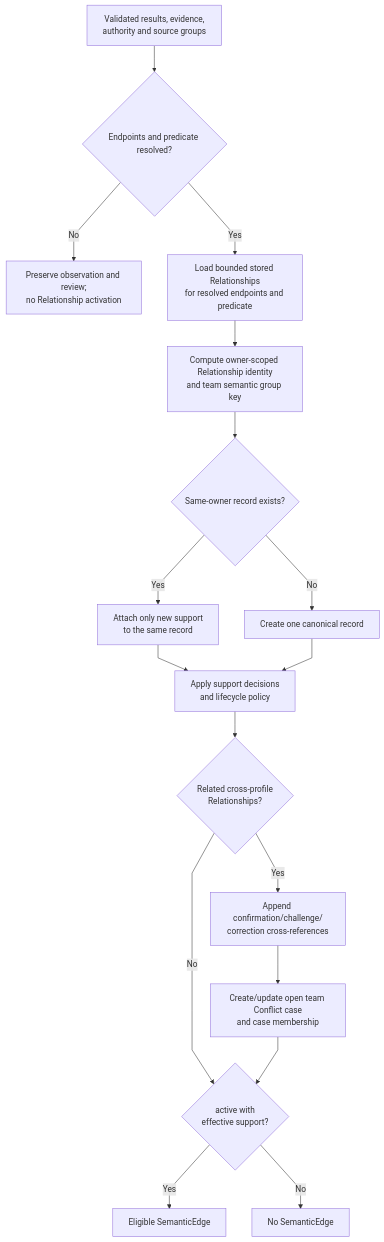
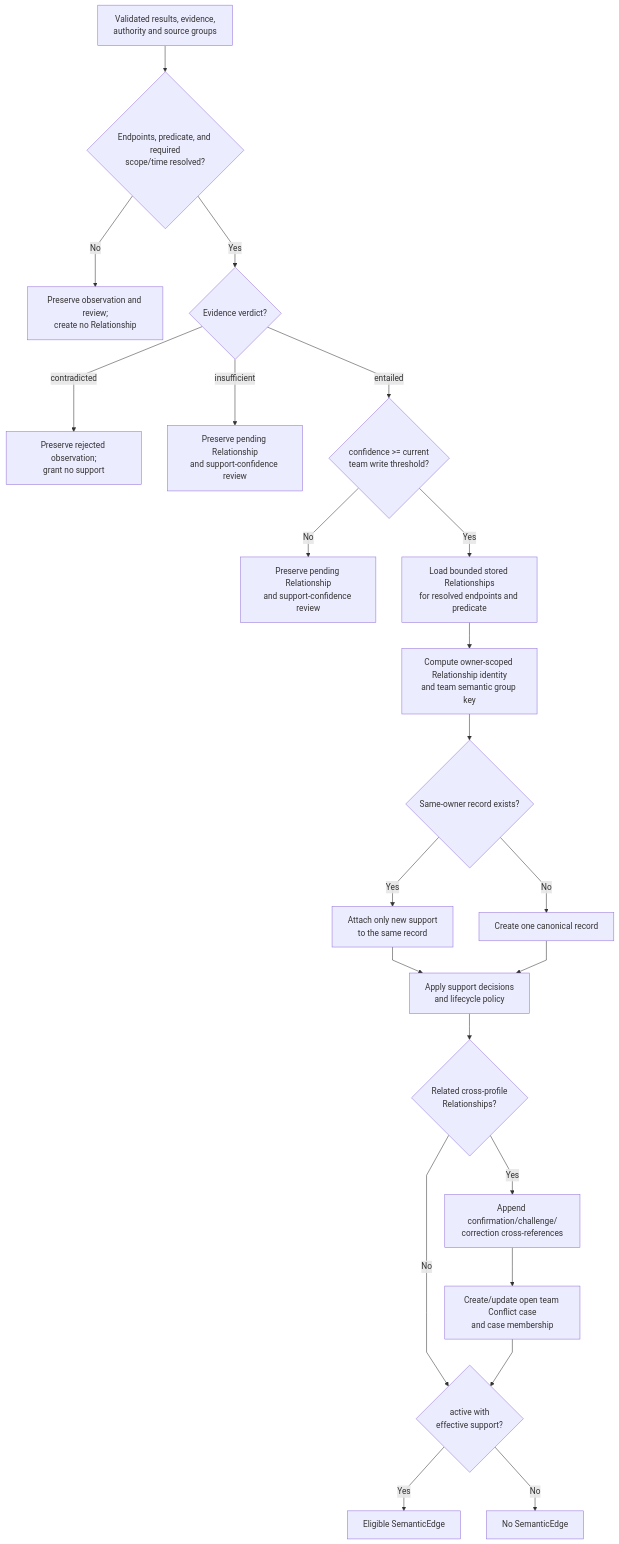
One commit to markhuangai/dense-mem changed the tenth of 14 diagrams in Write-Pipeline.md. Above: the diagram before and after it, drawn with Mermaid. The commit also changed other lines of this file and 24 other files, not shown here.

Commit message:
Document V2.4 one-call placement architecture

````diff
--- a/Write-Pipeline.md
+++ b/Write-Pipeline.md
@@ -776,20 +954,25 @@
 ```mermaid
 %%{init: {"flowchart": {"curve": "linear"}}}%%
 flowchart TD
-  Input["Validated results, evidence,<br/>authority and source groups"] --> Endpoints{"Endpoints and predicate resolved?"}
-  Endpoints -- No --> Review["Preserve observation and review;<br/>no Relationship activation"]
-  Endpoints -- Yes --> Stored["Load bounded stored Relationships<br/>for resolved endpoints and predicate"]
+  Input["Validated results, evidence,<br/>authority and source groups"] --> Structure{"Endpoints, predicate, and required<br/>scope/time resolved?"}
+  Structure -- No --> Review["Preserve observation and review;<br/>create no Relationship"]
+  Structure -- Yes --> Verdict{"Evidence verdict?"}
+  Verdict -- contradicted --> Rejected["Preserve rejected observation;<br/>grant no support"]
+  Verdict -- insufficient --> Pending["Preserve pending Relationship<br/>and support-confidence review"]
+  Verdict -- entailed --> Gate{"confidence >= current<br/>team write threshold?"}
+  Gate -- No --> Held["Preserve pending Relationship<br/>and support-confidence review"]
+  Gate -- Yes --> Stored["Load bounded stored Relationships<br/>for resolved endpoints and predicate"]
   Stored --> Identity["Compute owner-scoped Relationship identity<br/>and team semantic group key"]
   Identity --> Existing{"Same-owner record exists?"}
   Existing -- Yes --> Same["Attach only new support<br/>to the same record"]
   Existing -- No --> New["Create one canonical record"]
   Same --> Lifecycle["Apply support decisions<br/>and lifecycle policy"]
   New --> Lifecycle
   Lifecycle --> Cross{"Related cross-profile<br/>Relationships?"}
   Cross -- Yes --> Link["Append confirmation/challenge/<br/>correction cross-references"]
   Cross -- No --> Eligible{"active with<br/>effective support?"}
   Link --> Case["Create/update open team Conflict case<br/>and case membership"]
   Case --> Eligible
   Eligible -- Yes --> Edge["Eligible SemanticEdge"]
   Eligible -- No --> Hidden["No SemanticEdge"]
 ```
````
